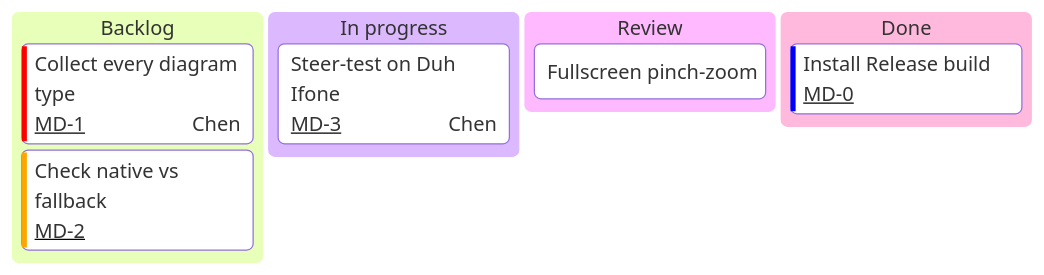
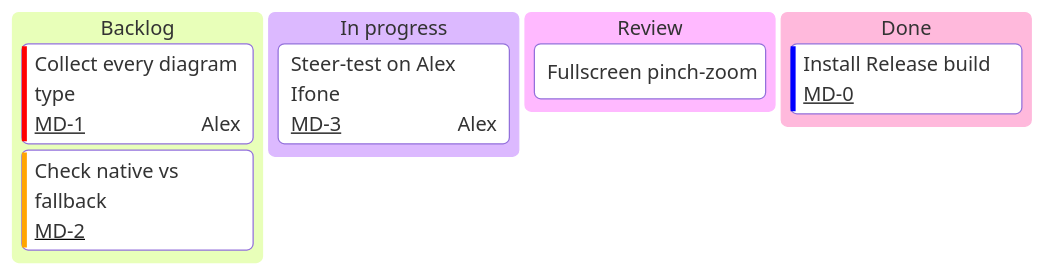
Diagram 45 of 59 in clients/apple/OppiTests/Fixtures/mermaid-rendering-gallery.md (duh17/oppi), drawn with Mermaid before and after one commit. The commit also changed 58 other files, not shown here.

````diff
--- a/clients/apple/OppiTests/Fixtures/mermaid-rendering-gallery.md
+++ b/clients/apple/OppiTests/Fixtures/mermaid-rendering-gallery.md
@@ -855,17 +855,17 @@
 ```mermaid
 ---
 config:
   kanban:
     ticketBaseUrl: 'https://example.invalid/browse/#TICKET#'
 ---
 kanban
   backlog[Backlog]
-    task1[Collect every diagram type]@{ ticket: MD-1, priority: 'Very High', assigned: 'Chen' }
+    task1[Collect every diagram type]@{ ticket: MD-1, priority: 'Very High', assigned: 'Alex' }
     task2[Check native vs fallback]@{ ticket: MD-2, priority: 'High' }
   doing[In progress]
-    task3[Steer-test on Duh Ifone]@{ ticket: MD-3, assigned: 'Chen' }
+    task3[Steer-test on Alex Ifone]@{ ticket: MD-3, assigned: 'Alex' }
   review[Review]
     task4[Fullscreen pinch-zoom]
   done[Done]
     task5[Install Release build]@{ ticket: MD-0, priority: 'Low' }
 ```
````
